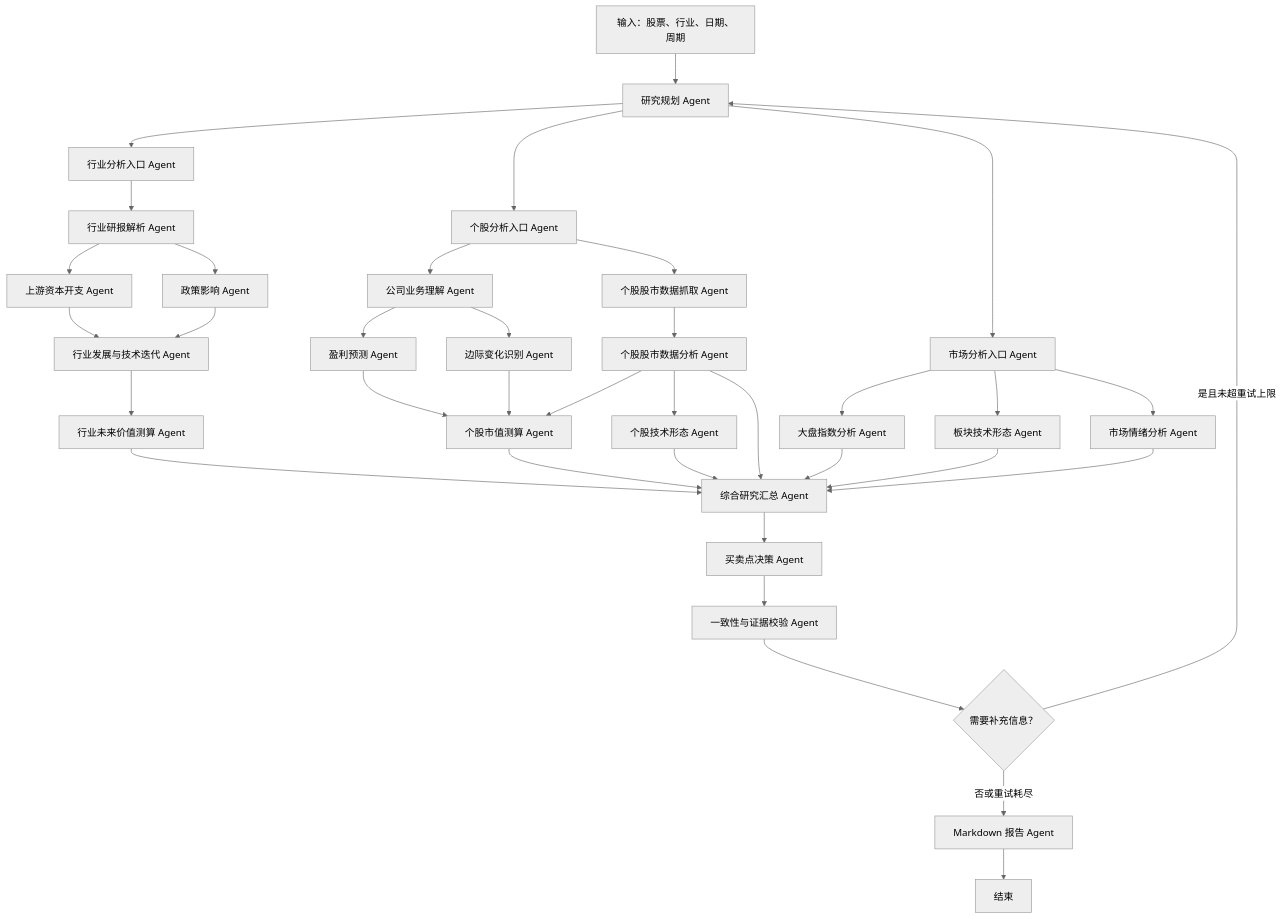
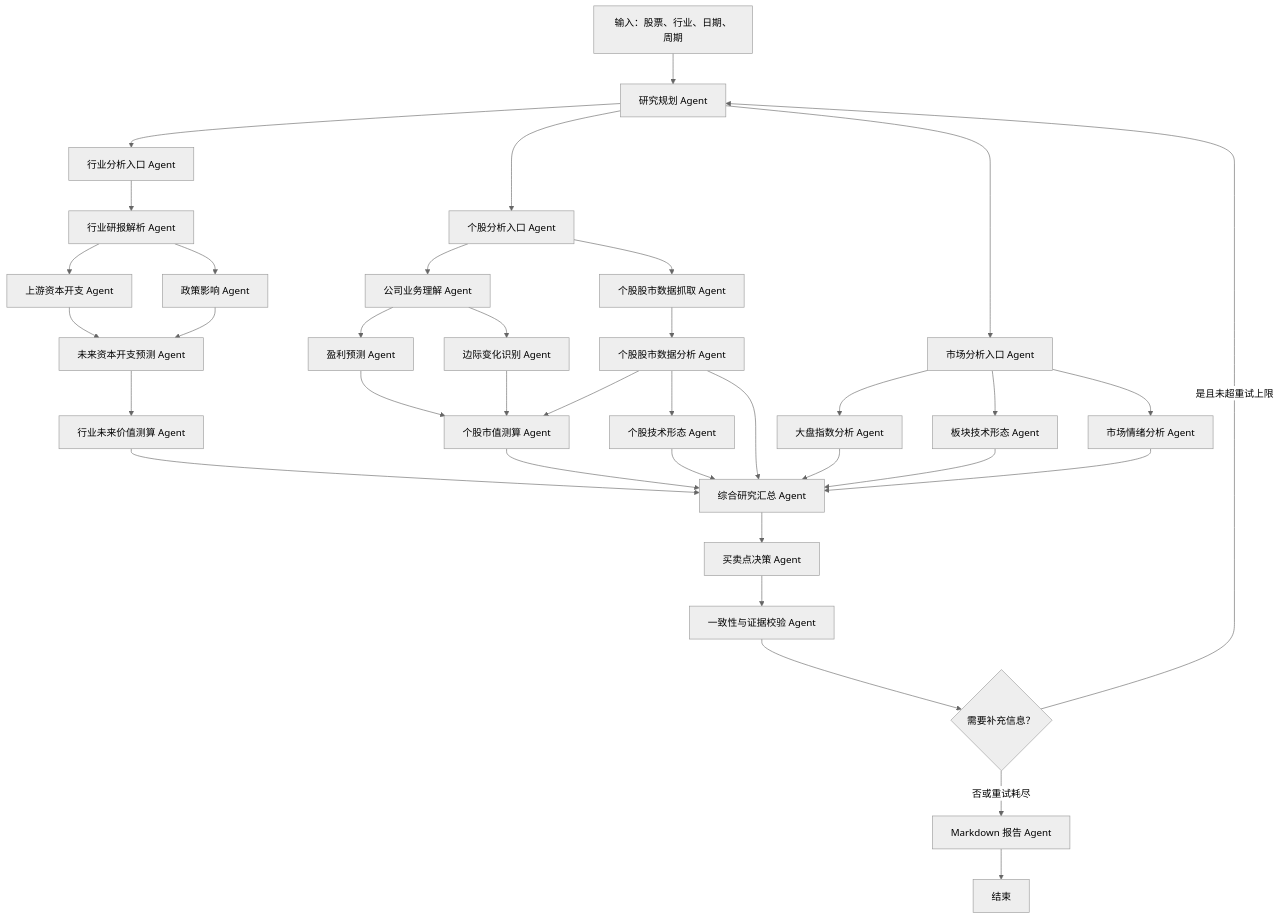
Before and after one commit to 1snek0da/diagram_langgraph_pipeline: the diagram in PLAN.md, drawn with Mermaid (neutral theme). The commit also changed other lines of this file and 57 other files, not shown here.

````diff
--- a/PLAN.md
+++ b/PLAN.md
@@ -9,42 +9,42 @@
 ```mermaid
 flowchart TD
     Start["输入：股票、行业、日期、周期"] --> Planner["研究规划 Agent"]
     Planner --> IndustryEntry["行业分析入口 Agent"]
     Planner --> StockEntry["个股分析入口 Agent"]
     Planner --> MarketEntry["市场分析入口 Agent"]
 
     IndustryEntry --> IndustryReport["行业研报解析 Agent"]
     IndustryReport --> Capex["上游资本开支 Agent"]
     IndustryReport --> Policy["政策影响 Agent"]
-    Capex --> IndustryTrend["行业发展与技术迭代 Agent"]
-    Policy --> IndustryTrend
-    IndustryTrend --> IndustryValuation["行业未来价值测算 Agent"]
+    Capex --> FutureCapex["未来资本开支预测 Agent"]
+    Policy --> FutureCapex
+    FutureCapex --> IndustryValuation["行业未来价值测算 Agent"]
 
     StockEntry --> Fetch["个股股市数据抓取 Agent"]
     Fetch --> DataAnalysis["个股股市数据分析 Agent"]
     StockEntry --> Business["公司业务理解 Agent"]
     Business --> Forecast["盈利预测 Agent"]
     Business --> Marginal["边际变化识别 Agent"]
     Forecast --> CompanyValuation["个股市值测算 Agent"]
     Marginal --> CompanyValuation
     DataAnalysis --> CompanyValuation
     DataAnalysis --> Technical["个股技术形态 Agent"]
 
     MarketEntry --> Index["大盘指数分析 Agent"]
     MarketEntry --> Sector["板块技术形态 Agent"]
     MarketEntry --> Sentiment["市场情绪分析 Agent"]
 
     IndustryValuation --> Join["综合研究汇总 Agent"]
     CompanyValuation --> Join
     Technical --> Join
     DataAnalysis --> Join
     Index --> Join
     Sector --> Join
     Sentiment --> Join
     Join --> Decision["买卖点决策 Agent"]
     Decision --> Review["一致性与证据校验 Agent"]
     Review --> Gate{"需要补充信息？"}
     Gate -->|是且未超重试上限| Planner
     Gate -->|否或重试耗尽| Report["Markdown 报告 Agent"]
     Report --> End["结束"]
 ```
````
